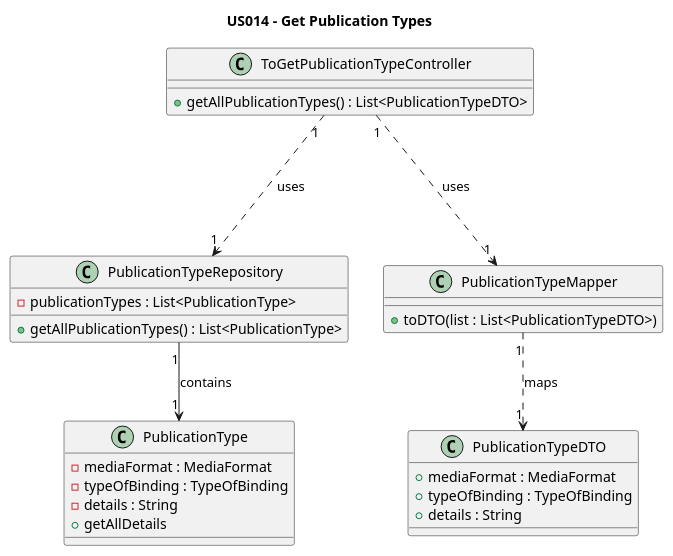
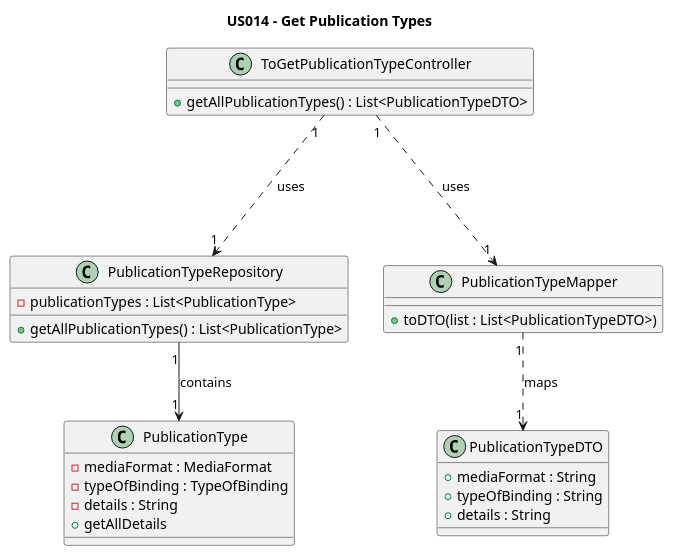
One commit to AndrePereiraGitH/SWitCH-Project-Team_A changed the diagram in Diagrams/ClassDiagrams/US014-to-get-publitaction-type-list.puml. Above: the diagram before and after it, drawn with PlantUML. The commit also changed 17 other files, not shown here.

```diff
--- a/Diagrams/ClassDiagrams/US014-to-get-publitaction-type-list.puml
+++ b/Diagrams/ClassDiagrams/US014-to-get-publitaction-type-list.puml
@@ -1,34 +1,34 @@
 @startuml
 title US014 - Get Publication Types
 
 class ToGetPublicationTypeController {
     +getAllPublicationTypes() : List<PublicationTypeDTO>
 }
 
 class PublicationTypeRepository {
     -publicationTypes : List<PublicationType>
     +getAllPublicationTypes() : List<PublicationType>
 }
 
 class PublicationTypeMapper {
     +toDTO(list : List<PublicationTypeDTO>)
 }
 
 class PublicationTypeDTO {
-    +mediaFormat : MediaFormat
-    +typeOfBinding : TypeOfBinding
+    +mediaFormat : String
+    +typeOfBinding : String
     +details : String
 }
 
 class PublicationType {
     -mediaFormat : MediaFormat
     -typeOfBinding : TypeOfBinding
     -details : String
     +getAllDetails
 }
 
 ToGetPublicationTypeController "1" -.-> "1" PublicationTypeRepository : uses
 ToGetPublicationTypeController "1" -.-> "1" PublicationTypeMapper : uses
 PublicationTypeMapper "1" -.> "1" PublicationTypeDTO : maps
 PublicationTypeRepository "1" --> "1" PublicationType : contains
 @enduml
```
